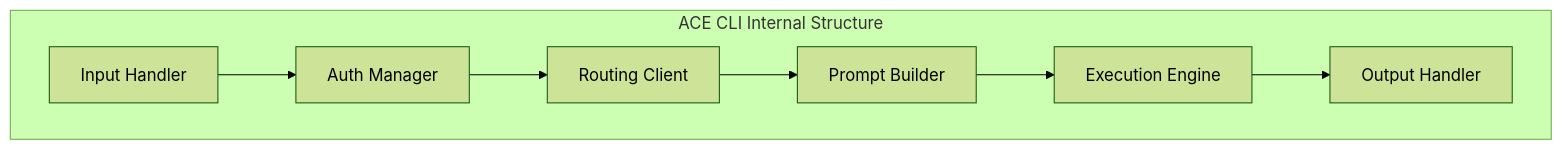
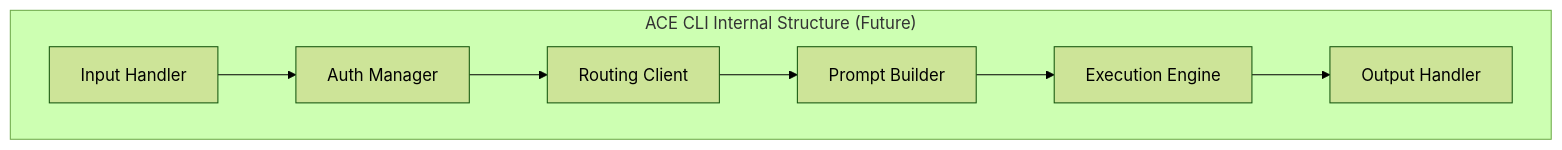
Before and after one commit to twistingmercury/mnemonic-mcp: the second of 6 diagrams in docs/architecture/03-system-architecture.md, drawn with Mermaid (forest theme). The commit also changed other lines of this file and 12 other files, not shown here.

````diff
--- a/docs/architecture/03-system-architecture.md
+++ b/docs/architecture/03-system-architecture.md
@@ -65,17 +65,17 @@
 ```mermaid
 graph TB
-    subgraph "ACE CLI Internal Structure"
+    subgraph "ACE CLI Internal Structure (Future)"
         INPUT[Input Handler]
         AUTH[Auth Manager]
         ROUTE[Routing Client]
         PROMPT[Prompt Builder]
         EXEC[Execution Engine]
         OUTPUT[Output Handler]
     end
 
     INPUT --> AUTH
     AUTH --> ROUTE
     ROUTE --> PROMPT
     PROMPT --> EXEC
     EXEC --> OUTPUT
 ```
````
